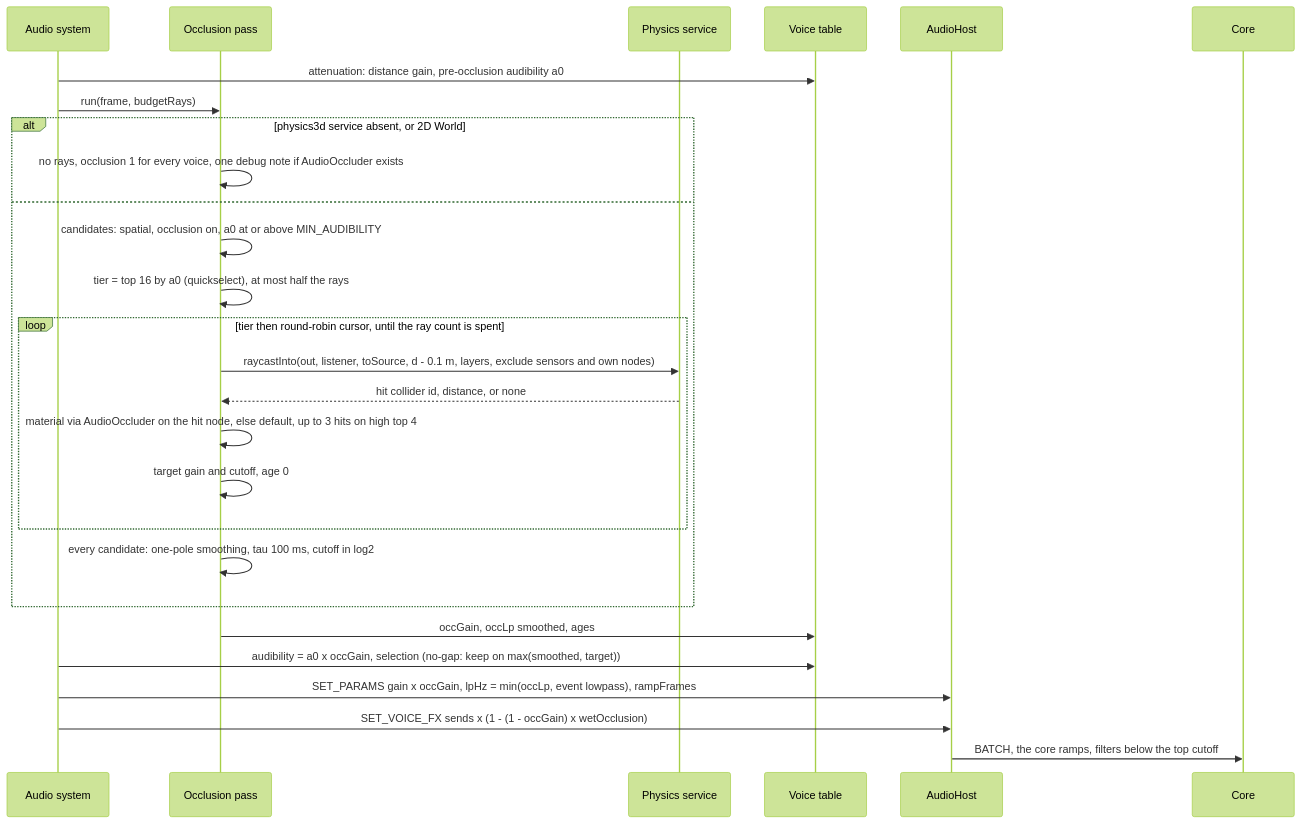
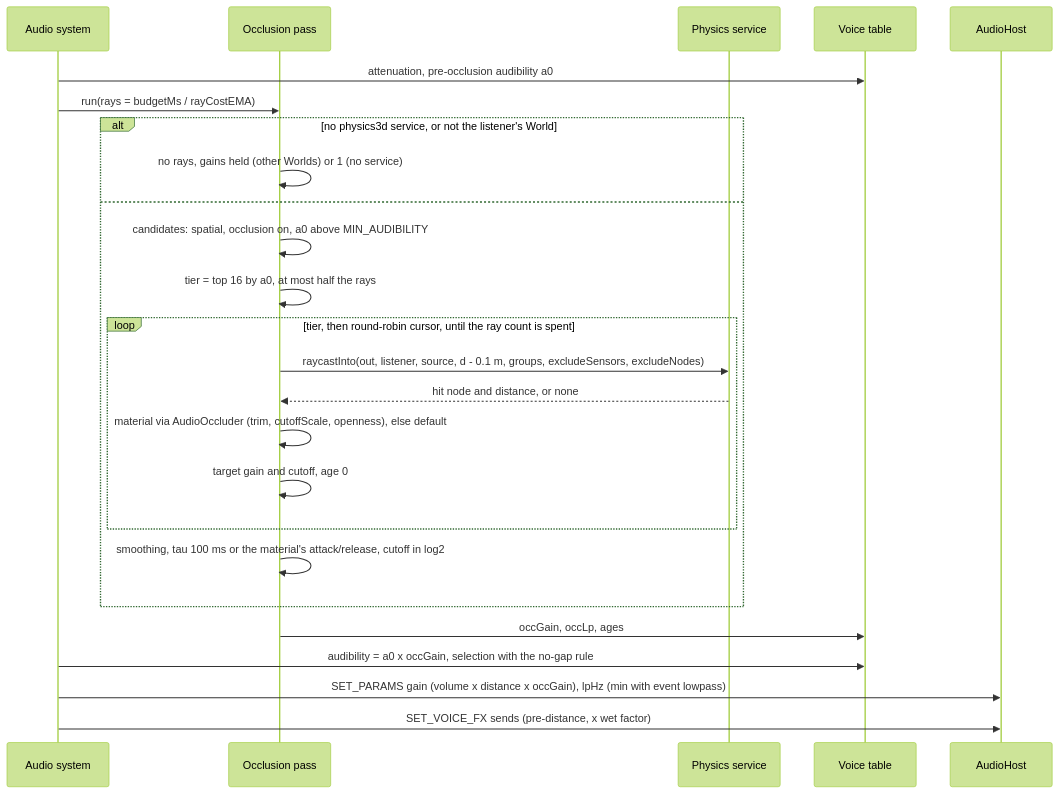
Before and after one commit to doughtnerd/TranquilityEngine: the sixth of 10 diagrams in docs/design/0162-audio-spatial/architecture.md, drawn with Mermaid (forest theme). The commit also changed other lines of this file and 4 other files, not shown here.

````diff
--- a/docs/design/0162-audio-spatial/architecture.md
+++ b/docs/design/0162-audio-spatial/architecture.md
@@ -220,29 +252,27 @@
 ```mermaid
 sequenceDiagram
   participant Y as Audio system
   participant O as Occlusion pass
   participant F as Physics service
   participant T as Voice table
   participant H as AudioHost
-  participant K as Core
-  Y->>T: attenuation: distance gain, pre-occlusion audibility a0
-  Y->>O: run(frame, budgetRays)
-  alt physics3d service absent, or 2D World
-    O->>O: no rays, occlusion 1 for every voice, one debug note if AudioOccluder exists
+  Y->>T: attenuation, pre-occlusion audibility a0
+  Y->>O: run(rays = budgetMs / rayCostEMA)
+  alt no physics3d service, or not the listener's World
+    O->>O: no rays, gains held (other Worlds) or 1 (no service)
   else
-    O->>O: candidates: spatial, occlusion on, a0 at or above MIN_AUDIBILITY
-    O->>O: tier = top 16 by a0 (quickselect), at most half the rays
-    loop tier then round-robin cursor, until the ray count is spent
-      O->>F: raycastInto(out, listener, toSource, d - 0.1 m, layers, exclude sensors and own nodes)
-      F-->>O: hit collider id, distance, or none
-      O->>O: material via AudioOccluder on the hit node, else default, up to 3 hits on high top 4
+    O->>O: candidates: spatial, occlusion on, a0 above MIN_AUDIBILITY
+    O->>O: tier = top 16 by a0, at most half the rays
+    loop tier, then round-robin cursor, until the ray count is spent
+      O->>F: raycastInto(out, listener, source, d - 0.1 m, groups, excludeSensors, excludeNodes)
+      F-->>O: hit node and distance, or none
+      O->>O: material via AudioOccluder (trim, cutoffScale, openness), else default
       O->>O: target gain and cutoff, age 0
     end
-    O->>O: every candidate: one-pole smoothing, tau 100 ms, cutoff in log2
+    O->>O: smoothing, tau 100 ms or the material's attack/release, cutoff in log2
   end
-  O->>T: occGain, occLp smoothed, ages
-  Y->>T: audibility = a0 x occGain, selection (no-gap: keep on max(smoothed, target))
-  Y->>H: SET_PARAMS gain x occGain, lpHz = min(occLp, event lowpass), rampFrames
-  Y->>H: SET_VOICE_FX sends x (1 - (1 - occGain) x wetOcclusion)
-  H->>K: BATCH, the core ramps, filters below the top cutoff
+  O->>T: occGain, occLp, ages
+  Y->>T: audibility = a0 x occGain, selection with the no-gap rule
+  Y->>H: SET_PARAMS gain (volume x distance x occGain), lpHz (min with event lowpass)
+  Y->>H: SET_VOICE_FX sends (pre-distance, x wet factor)
 ```
````
